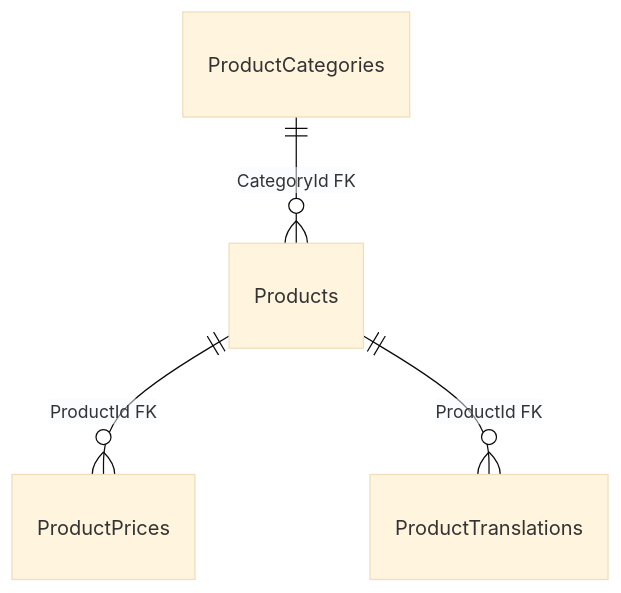
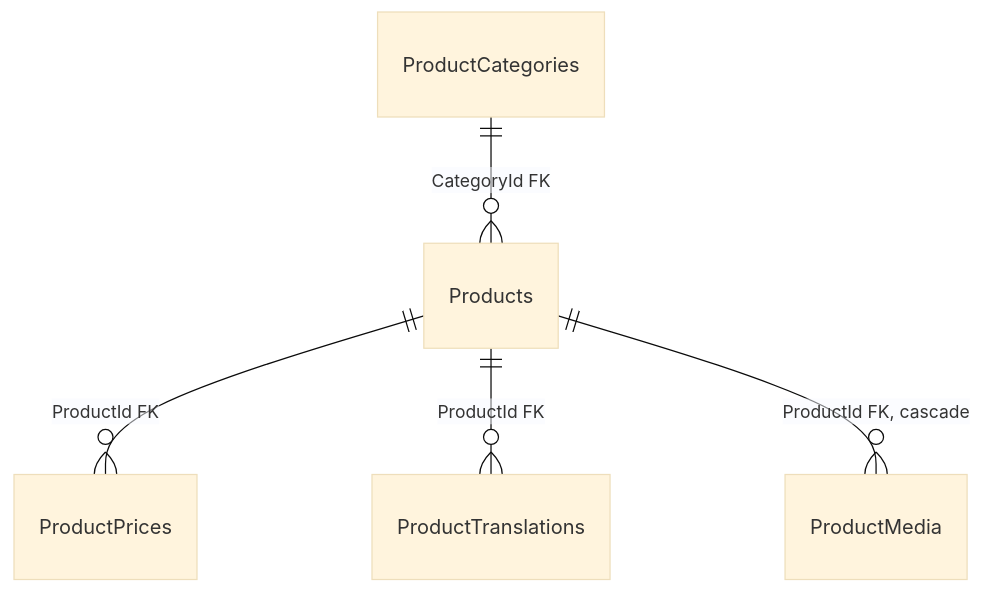
One commit to Weretik/KedrStore changed the diagram in docs/sdd/architecture/data-model/catalog-products.md. Above: the diagram before and after it, drawn with Mermaid (base theme). The commit also changed other lines of this file and 15 other files, not shown here.

First line of the commit message:
docs: product photos and schemes from the media library (Media 001 stage 3)

````diff
--- a/docs/sdd/architecture/data-model/catalog-products.md
+++ b/docs/sdd/architecture/data-model/catalog-products.md
@@ -12,6 +13,7 @@
 ```mermaid
 erDiagram
     ProductCategories ||--o{ Products : "CategoryId FK"
     Products ||--o{ ProductPrices : "ProductId FK"
     Products ||--o{ ProductTranslations : "ProductId FK"
+    Products ||--o{ ProductMedia : "ProductId FK, cascade"
 ```
````
